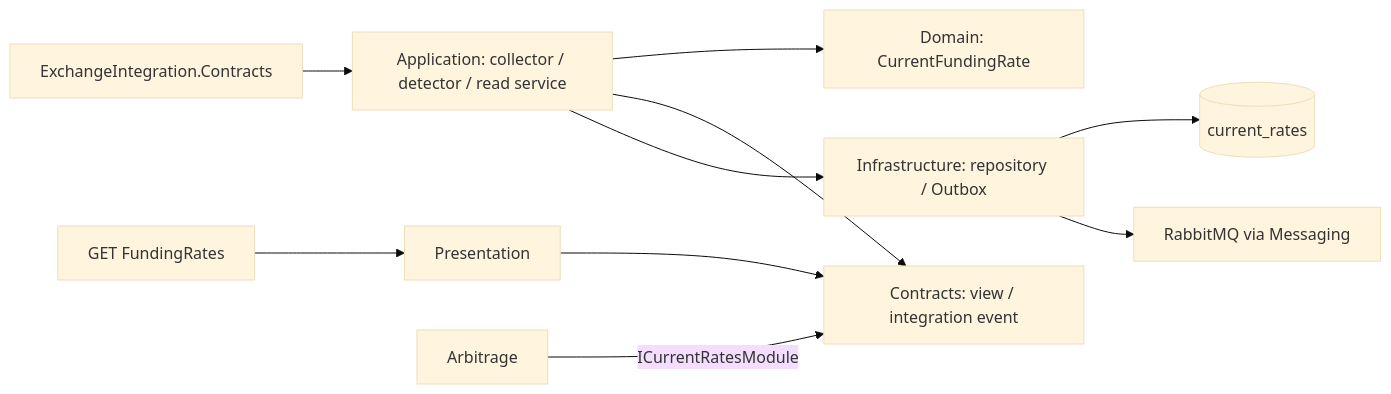
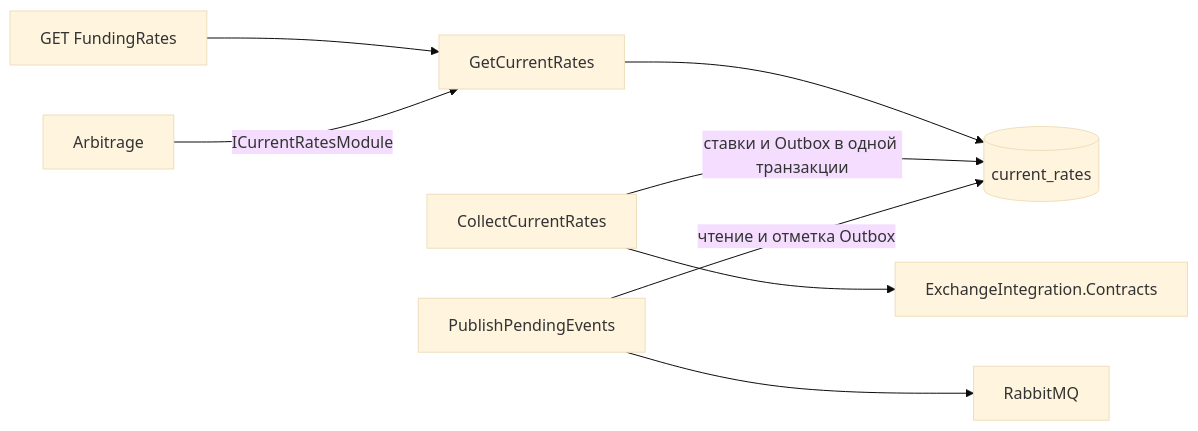
One commit to Grigory50012/FundingMonitor changed the first of 4 diagrams in docs/architecture/modules/current-rates.md. Above: the diagram before and after it, drawn with Mermaid (base theme). The commit also changed other lines of this file and 98 other files, not shown here.

Commit message:
refactor: organize current rates into vertical slices

````diff
--- a/docs/architecture/modules/current-rates.md
+++ b/docs/architecture/modules/current-rates.md
@@ -7,12 +7,10 @@
 ```mermaid
 flowchart LR
-    EI[ExchangeIntegration.Contracts] --> A[Application: collector / detector / read service]
-    A --> D[Domain: CurrentFundingRate]
-    A --> C[Contracts: view / integration event]
-    A --> I[Infrastructure: repository / Outbox]
-    I --> DB[(current_rates)]
-    I --> MQ[RabbitMQ via Messaging]
-    HTTP[GET FundingRates] --> P[Presentation]
-    P --> C
-    AR[Arbitrage] -->|ICurrentRatesModule| C
+    HTTP[GET FundingRates] --> R[GetCurrentRates]
+    AR[Arbitrage] -->|ICurrentRatesModule| R
+    C[CollectCurrentRates] --> EI[ExchangeIntegration.Contracts]
+    R --> DB[(current_rates)]
+    C -->|ставки и Outbox в одной транзакции| DB
+    P[PublishPendingEvents] -->|чтение и отметка Outbox| DB
+    P --> MQ[RabbitMQ]
 ```
````
